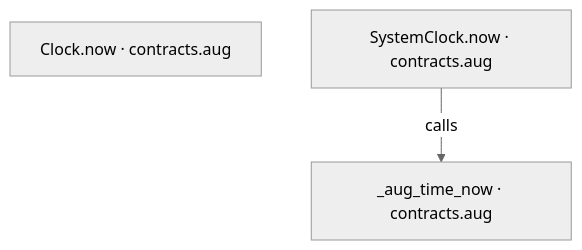
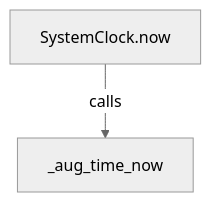
The second of 3 diagrams in src/stdlib/time/contracts.aug.diagrams.md (GreenPandaStudios/augscript), drawn with Mermaid (neutral theme) before and after one commit. The commit also changed other lines of this file and 524 other files, not shown here.

Commit message:
Explain checked data flow at folder and service levels

````diff
--- a/src/stdlib/time/contracts.aug.diagrams.md
+++ b/src/stdlib/time/contracts.aug.diagrams.md
@@ -20,7 +21,6 @@
 ```mermaid
 flowchart TD
-    n0["Clock.now · contracts.aug"]
-    n1["SystemClock.now · contracts.aug"]
-    n2["_aug_time_now · contracts.aug"]
-    n1 -->|"calls"| n2
+    n0["SystemClock.now"]
+    n1["_aug_time_now"]
+    n0 -->|"calls"| n1
 ```
````
